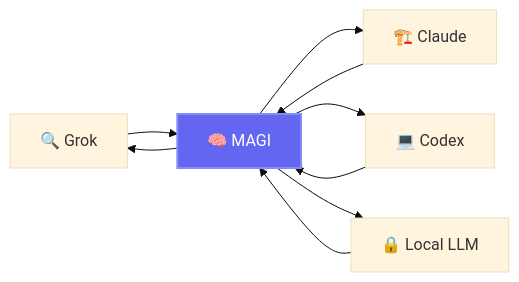
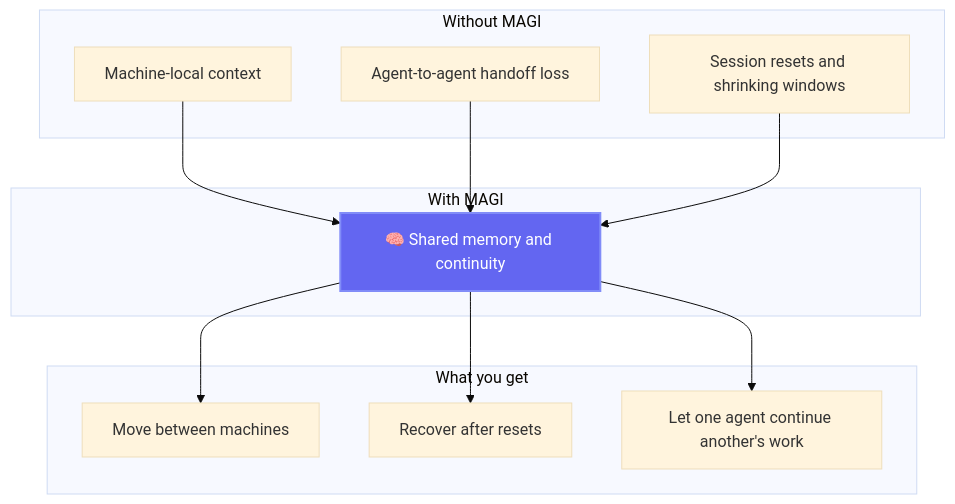
The first of 5 diagrams in README.md (j33pguy/magi), drawn with Mermaid (base theme) before and after one commit. The commit also changed other lines of this file and 402 other files, not shown here.

````diff
--- a/README.md
+++ b/README.md
@@ -46,12 +63,26 @@
 ```mermaid
-graph LR
-    G["🔍 Grok"] --> M["🧠 MAGI"]
-    C["🏗️ Claude"] --> M
-    X["💻 Codex"] --> M
-    L["🔒 Local LLM"] --> M
-    M --> G
-    M --> C
-    M --> X
-    M --> L
+graph TB
+    subgraph Problems["Without MAGI"]
+        A["Machine-local context"]
+        B["Agent-to-agent handoff loss"]
+        C["Session resets and shrinking windows"]
+    end
+
+    subgraph Solution["With MAGI"]
+        M["🧠 Shared memory and continuity"]
+    end
+
+    subgraph Outcomes["What you get"]
+        D["Move between machines"]
+        E["Recover after resets"]
+        F["Let one agent continue another's work"]
+    end
+
+    A --> M
+    B --> M
+    C --> M
+    M --> D
+    M --> E
+    M --> F
     style M fill:#6366f1,color:#fff,stroke:#818cf8,stroke-width:2px
 ```
````
